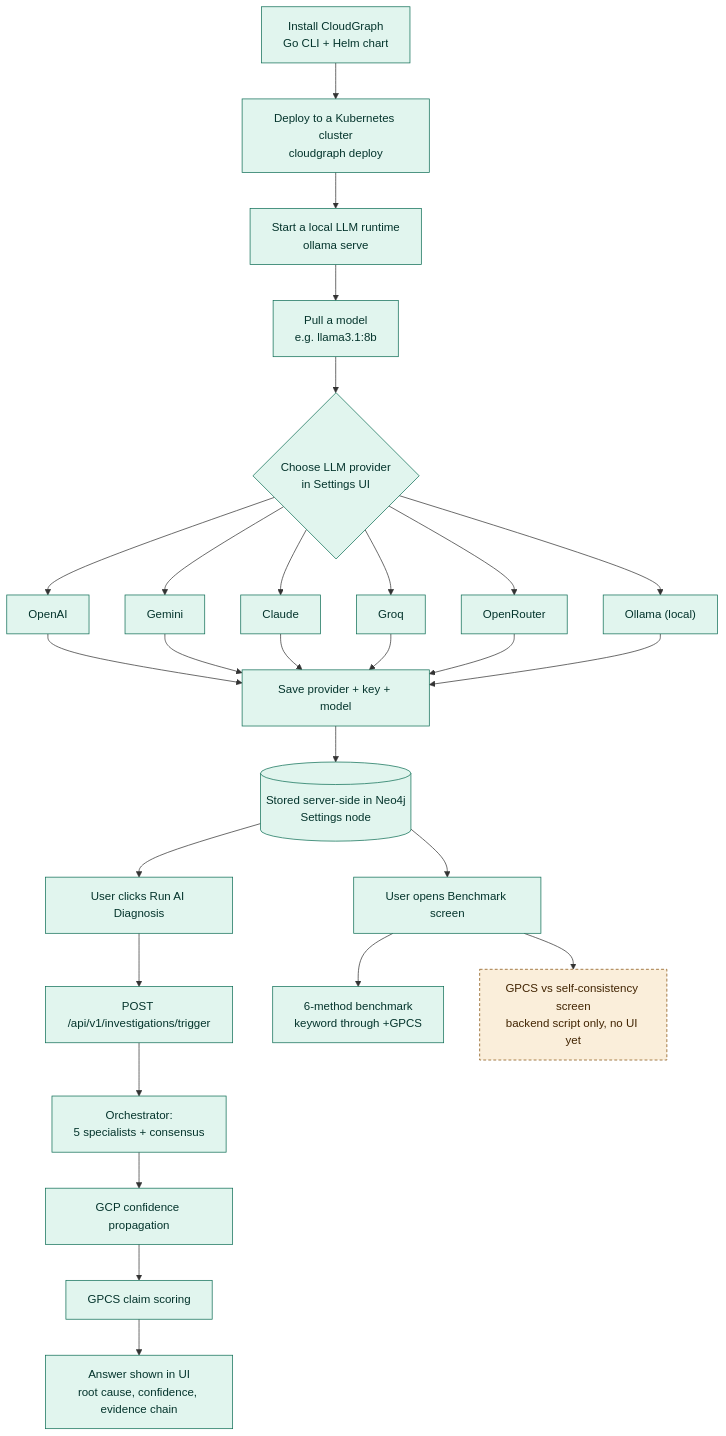
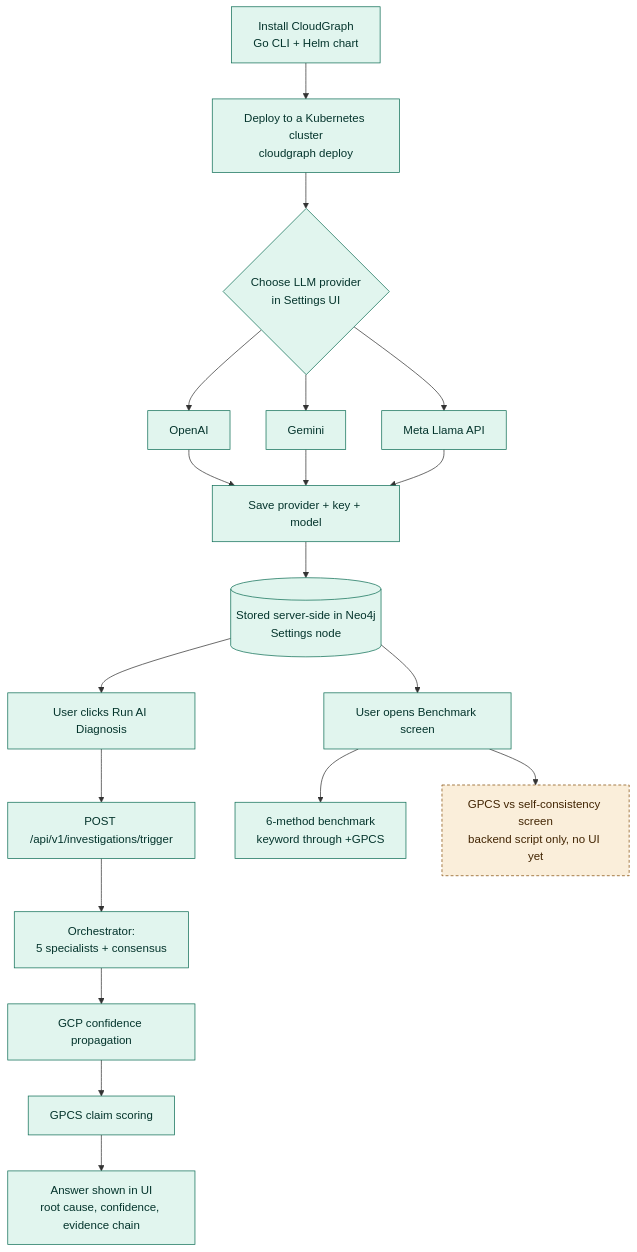
Before and after one commit to shivamshashank/CloudGraph: the diagram in research/USER_FLOW_LLM_AND_BENCHMARKS.md, drawn with Mermaid. The commit also changed other lines of this file and 33 other files, not shown here.

First line of the commit message:
feat: Add LLM settings page and update UI for provider configuration

````diff
--- a/research/USER_FLOW_LLM_AND_BENCHMARKS.md
+++ b/research/USER_FLOW_LLM_AND_BENCHMARKS.md
@@ -9,34 +11,29 @@
 ```mermaid
 flowchart TD
     A["Install CloudGraph<br/>Go CLI + Helm chart"] --> B["Deploy to a Kubernetes cluster<br/>cloudgraph deploy"]
-    B --> C["Start a local LLM runtime<br/>ollama serve"]
-    C --> D["Pull a model<br/>e.g. llama3.1:8b"]
-    D --> E{"Choose LLM provider<br/>in Settings UI"}
+    B --> E{"Choose LLM provider<br/>in Settings UI"}
 
     E --> P1["OpenAI"]
     E --> P2["Gemini"]
-    E --> P3["Claude"]
-    E --> P4["Groq"]
-    E --> P5["OpenRouter"]
-    E --> P6["Ollama (local)"]
+    E --> P3["Meta Llama API"]
 
-    P1 & P2 & P3 & P4 & P5 & P6 --> F["Save provider + key + model"]
+    P1 & P2 & P3 --> F["Save provider + key + model"]
     F --> G[("Stored server-side in Neo4j<br/>Settings node")]
 
     G --> H["User clicks Run AI Diagnosis"]
     H --> I["POST /api/v1/investigations/trigger"]
     I --> J["Orchestrator:<br/>5 specialists + consensus"]
     J --> K["GCP confidence propagation"]
     K --> L["GPCS claim scoring"]
     L --> M["Answer shown in UI<br/>root cause, confidence, evidence chain"]
 
     G --> N["User opens Benchmark screen"]
     N --> O["6-method benchmark<br/>keyword through +GPCS"]
     N --> R["GPCS vs self-consistency screen<br/>backend script only, no UI yet"]
 
     classDef built fill:#E1F5EE,stroke:#0F6E56,color:#04342C
     classDef pending fill:#FAEEDA,stroke:#854F0B,color:#412402,stroke-dasharray: 4 3
 
-    class A,B,C,D,E,P1,P2,P3,P4,P5,P6,F,G,H,I,J,K,L,M,N,O built
+    class A,B,E,P1,P2,P3,F,G,H,I,J,K,L,M,N,O built
     class R pending
 ```
````
